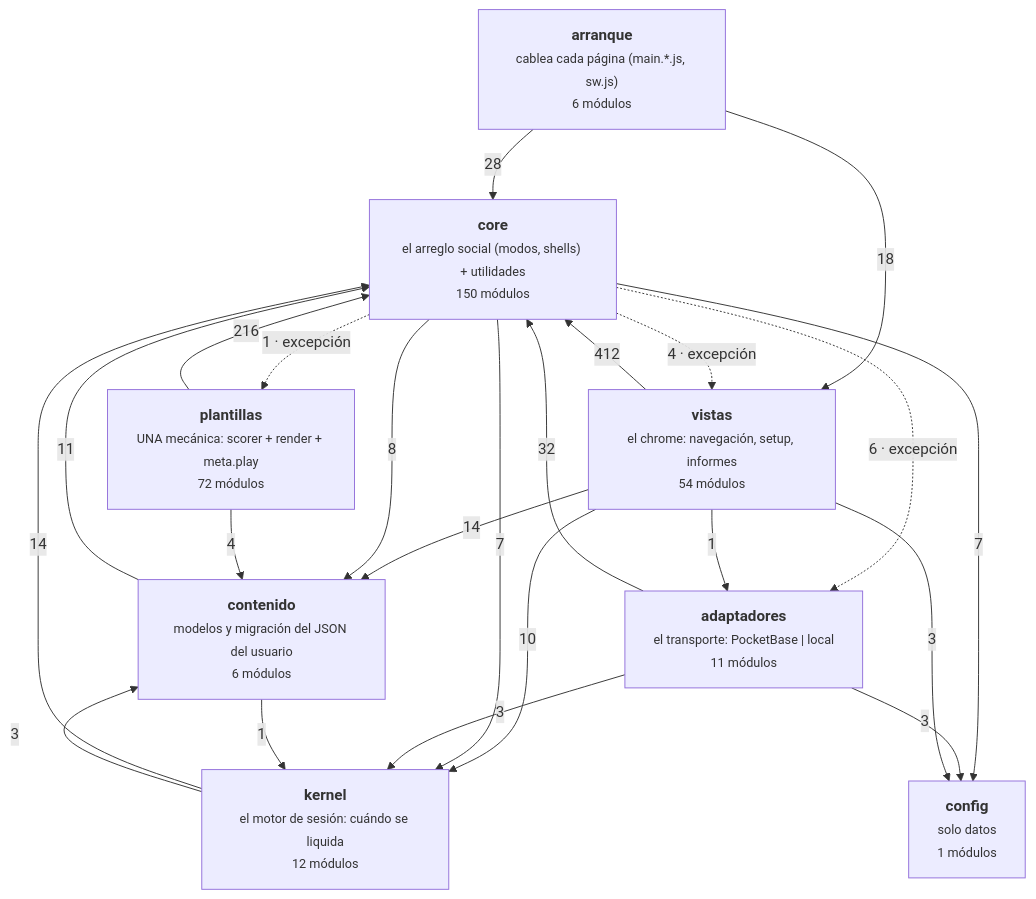
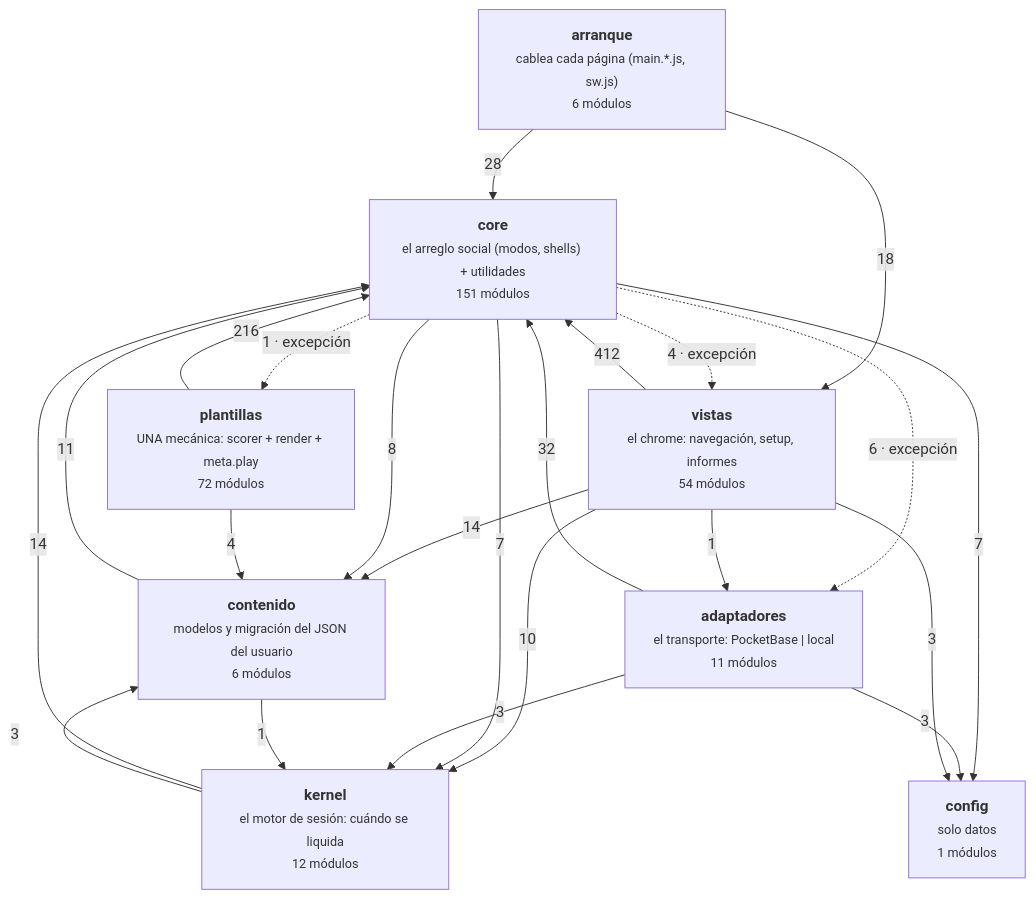
One commit to duecaz/ac changed the diagram in docs/arquitectura-modulos.md. Above: the diagram before and after it, drawn with Mermaid. The commit also changed other lines of this file and 16 other files, not shown here.

````diff
--- a/docs/arquitectura-modulos.md
+++ b/docs/arquitectura-modulos.md
@@ -56,33 +56,33 @@
 ```mermaid
 graph TD
   A["<b>arranque</b><br/><small>cablea cada página (main.*.js, sw.js)</small><br/><small>6 módulos</small>"]
   V["<b>vistas</b><br/><small>el chrome: navegación, setup, informes</small><br/><small>54 módulos</small>"]
   AD["<b>adaptadores</b><br/><small>el transporte: PocketBase | local</small><br/><small>11 módulos</small>"]
-  C["<b>core</b><br/><small>el arreglo social (modos, shells) + utilidades</small><br/><small>150 módulos</small>"]
+  C["<b>core</b><br/><small>el arreglo social (modos, shells) + utilidades</small><br/><small>151 módulos</small>"]
   K["<b>kernel</b><br/><small>el motor de sesión: cuándo se liquida</small><br/><small>12 módulos</small>"]
   T["<b>plantillas</b><br/><small>UNA mecánica: scorer + render + meta.play</small><br/><small>72 módulos</small>"]
   CO["<b>contenido</b><br/><small>modelos y migración del JSON del usuario</small><br/><small>6 módulos</small>"]
   CF["<b>config</b><br/><small>solo datos</small><br/><small>1 módulos</small>"]
   V -->|412| C
   T -->|216| C
   AD -->|32| C
   A -->|28| C
   A -->|18| V
   K -->|14| C
   V -->|14| CO
   CO -->|11| C
   V -->|10| K
   C -->|8| CO
   C -->|7| K
   C -->|7| CF
   C -.->|6 · excepción| AD
   C -.->|4 · excepción| V
   T -->|4| CO
   AD -->|3| CF
   AD -->|3| K
   K -->|3| CO
   V -->|3| CF
   C -.->|1 · excepción| T
   CO -->|1| K
   V -->|1| AD
 ```
````
